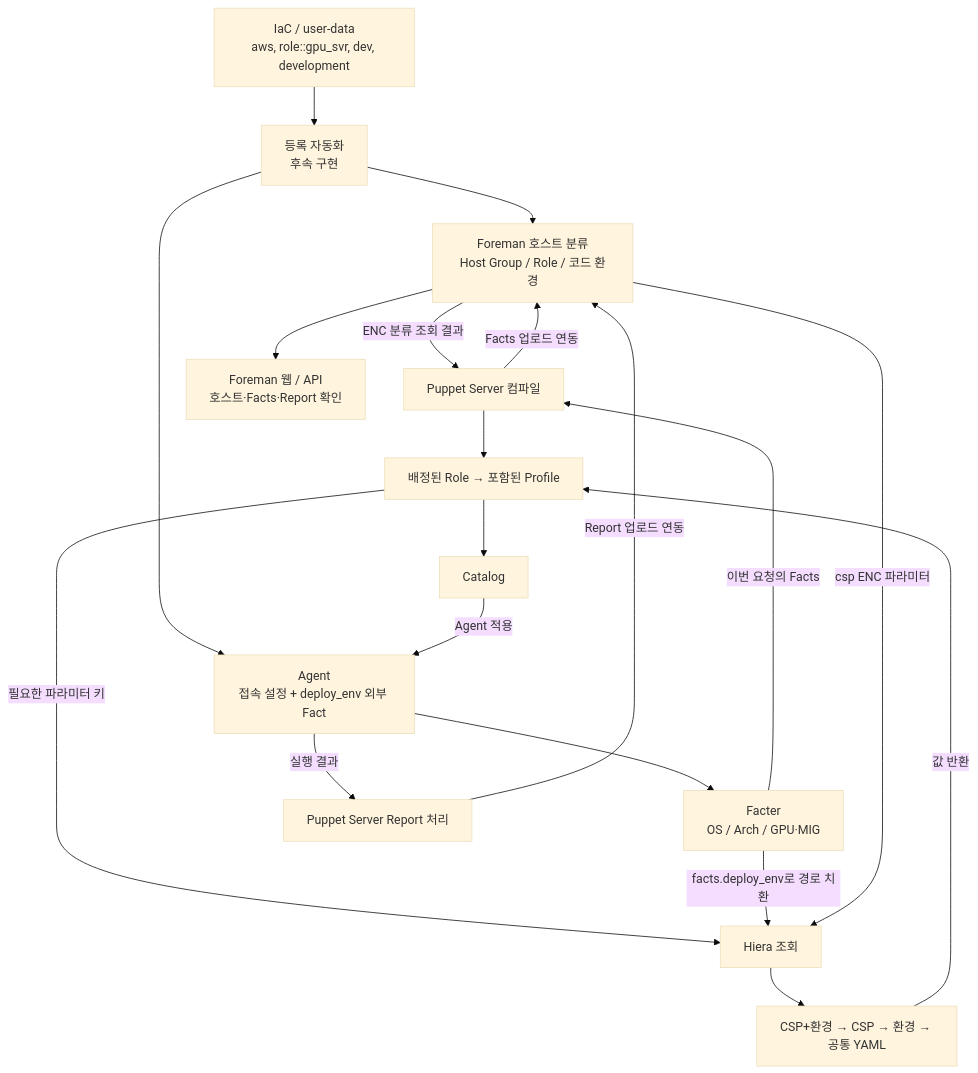
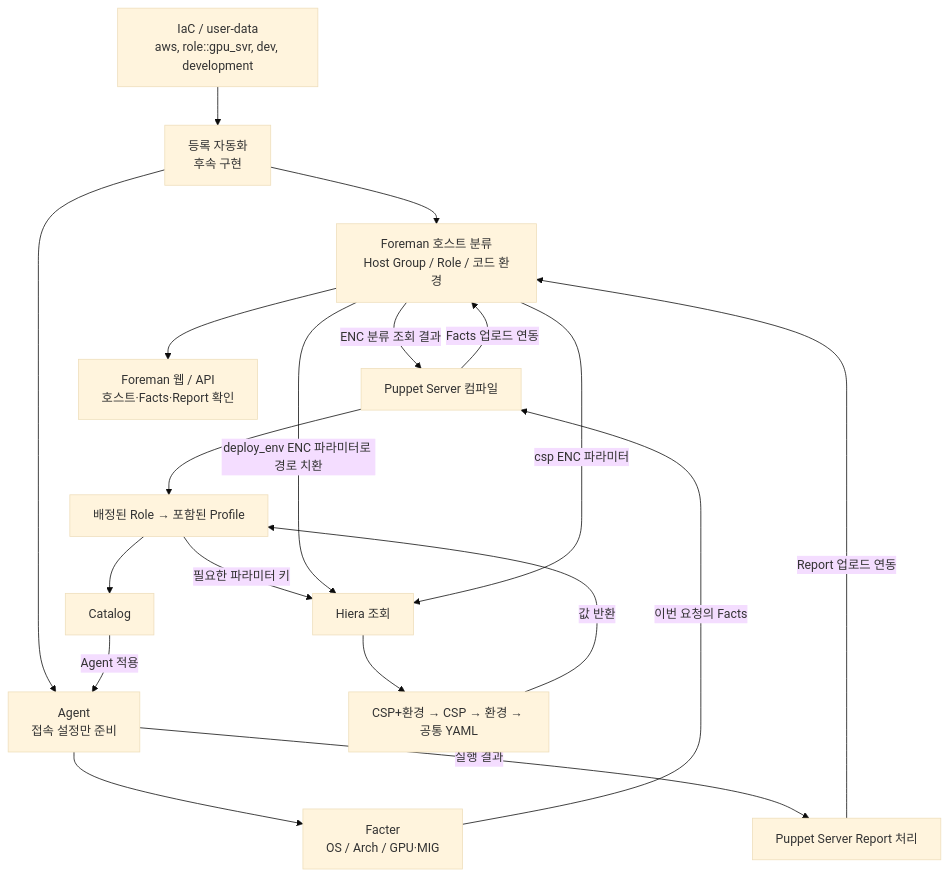
The first of 3 diagrams in foreman-puppet/docs/LOOKUP_AND_REGISTRATION.md (heyoon2j/y2-devops-lab), drawn with Mermaid (base theme) before and after one commit. The commit also changed other lines of this file and 19 other files, not shown here.

````diff
--- a/foreman-puppet/docs/LOOKUP_AND_REGISTRATION.md
+++ b/foreman-puppet/docs/LOOKUP_AND_REGISTRATION.md
@@ -19,21 +19,21 @@
 ```mermaid
 flowchart TD
     I["IaC / user-data\naws, role::gpu_svr, dev, development"] --> B["등록 자동화\n후속 구현"]
     B --> F["Foreman 호스트 분류\nHost Group / Role / 코드 환경"]
-    B --> A["Agent\n접속 설정 + deploy_env 외부 Fact"]
+    B --> A["Agent\n접속 설정만 준비"]
     A --> Q["Facter\nOS / Arch / GPU·MIG"]
     Q -->|"이번 요청의 Facts"| P["Puppet Server 컴파일"]
     F -->|"ENC 분류 조회 결과"| P
     P --> R["배정된 Role → 포함된 Profile"]
     R -->|"필요한 파라미터 키"| H["Hiera 조회"]
-    Q -->|"facts.deploy_env로 경로 치환"| H
+    F -->|"deploy_env ENC 파라미터로 경로 치환"| H
     F -->|"csp ENC 파라미터"| H
     H --> D["CSP+환경 → CSP → 환경 → 공통 YAML"]
     D -->|"값 반환"| R
     R --> C["Catalog"]
     C -->|"Agent 적용"| A
     A -->|"실행 결과"| PS["Puppet Server Report 처리"]
     P -->|"Facts 업로드 연동"| F
     PS -->|"Report 업로드 연동"| F
     F --> W["Foreman 웹 / API\n호스트·Facts·Report 확인"]
 ```
````
